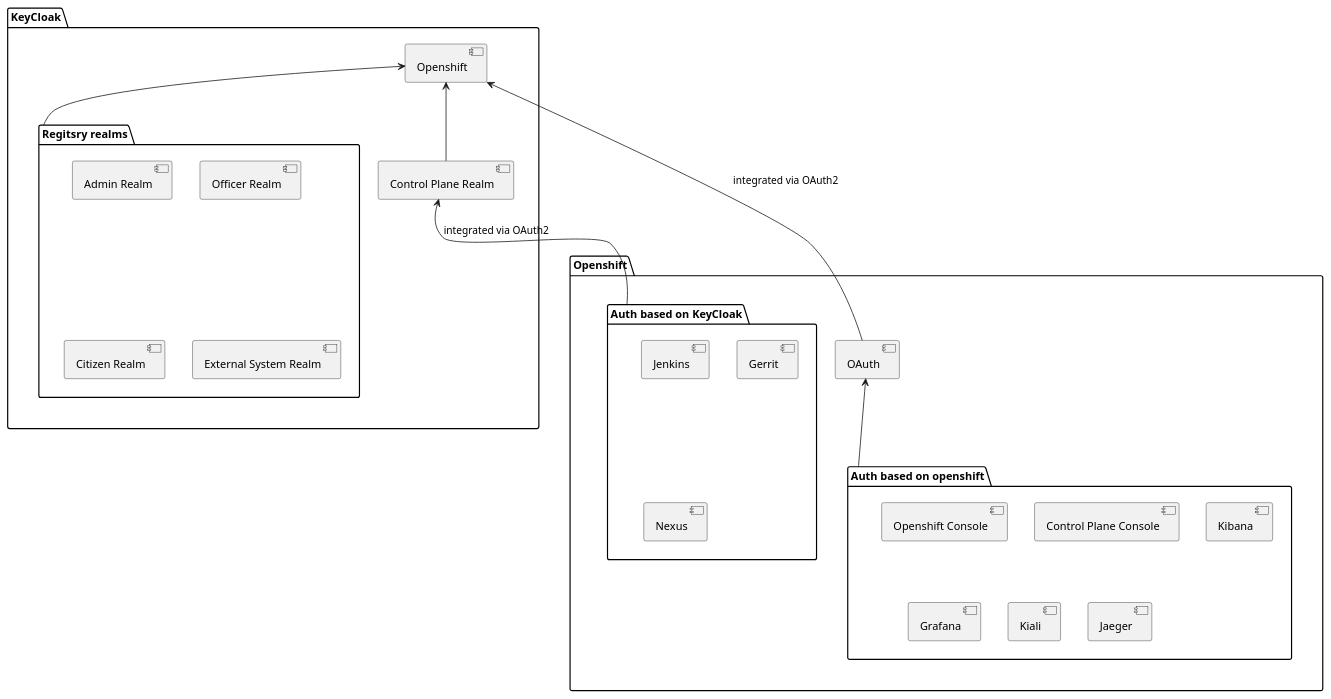
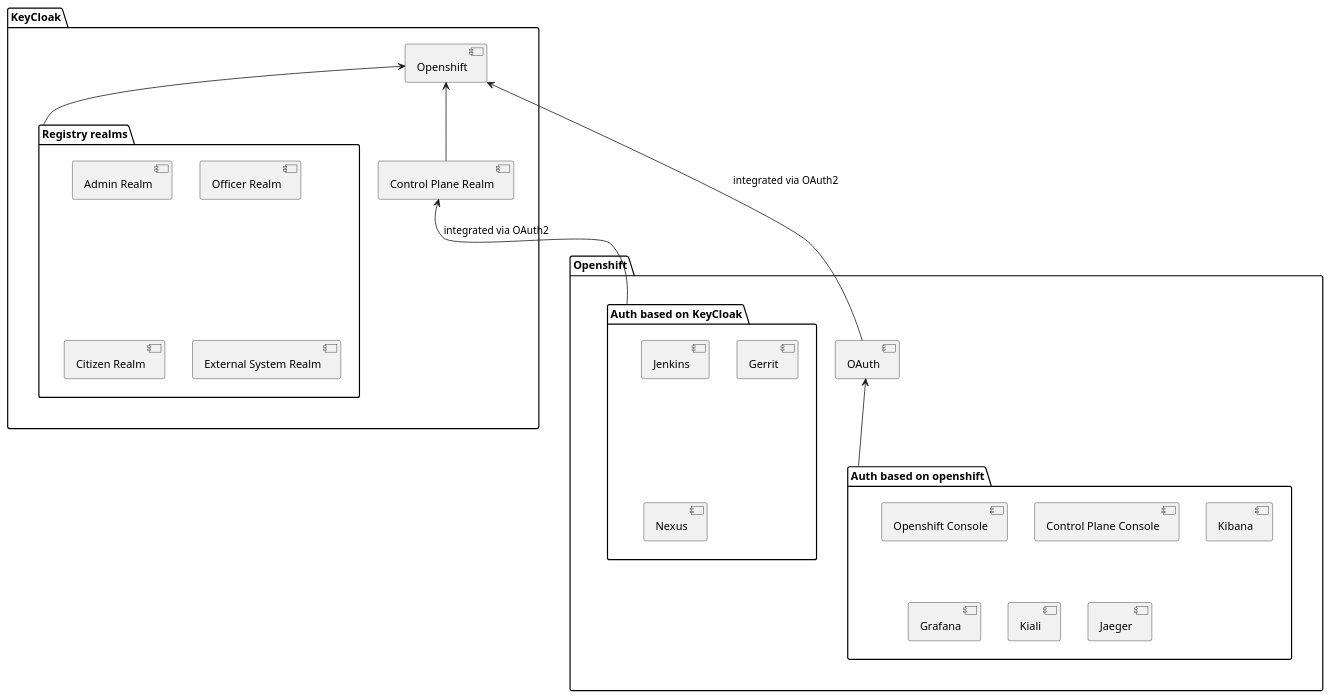
Before and after one commit to epam/edp-ddm-architecture: the diagram in docs/ua/modules/arch/pages/architecture/platform/operational/user-management/ddm-auth.adoc, drawn with PlantUML. The commit also changed other lines of this file and 6 other files, not shown here.

```diff
--- a/docs/ua/modules/arch/pages/architecture/platform/operational/user-management/ddm-auth.adoc
+++ b/docs/ua/modules/arch/pages/architecture/platform/operational/user-management/ddm-auth.adoc
@@ -45,42 +55,42 @@
 [plantuml, event, svg]
 ----
 @startuml
 
 package "KeyCloak" as keycloak {
   [Openshift] as platformRealm
-  package "Regitsry realms" as registryRealms {
+  package "Registry realms" as registryRealms {
     [Admin Realm]
     [Officer Realm]
     [Citizen Realm]
     [External System Realm]
   }
   [Control Plane Realm] as controlPlaneAdminRealm
 }
 
 package "Openshift" as openshift{
 [OAuth] as openshiftOAuth
   package "Auth based on openshift" as ocBasedAuth{
     [Openshift Console]
     [Control Plane Console]
     [Kibana]
     [Grafana]
     [Kiali]
     [Jaeger]
   }
   package "Auth based on KeyCloak" as keycloakBasedAuth{
     [Jenkins]
     [Gerrit]
     [Nexus]
   }
 }
 
 openshift -[hidden]u--> keycloak
 
 ocBasedAuth -u-> openshiftOAuth
 openshiftOAuth -u-> platformRealm: integrated via OAuth2
 keycloakBasedAuth -u-> controlPlaneAdminRealm: integrated via OAuth2
 controlPlaneAdminRealm -u-> platformRealm
 registryRealms -u-> platformRealm
 
 @enduml
 ----
```
